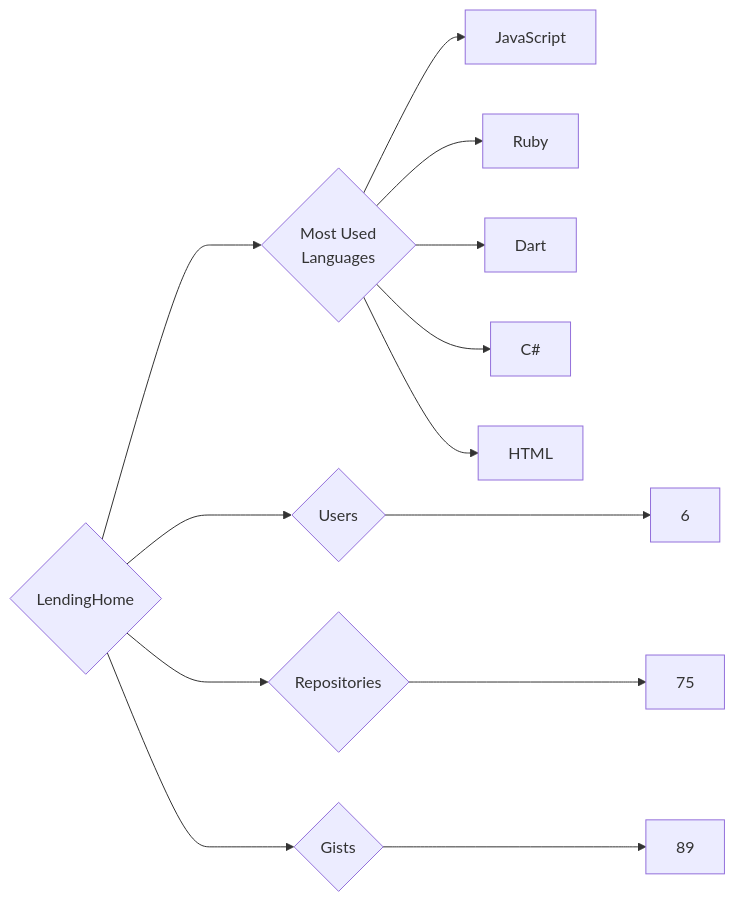
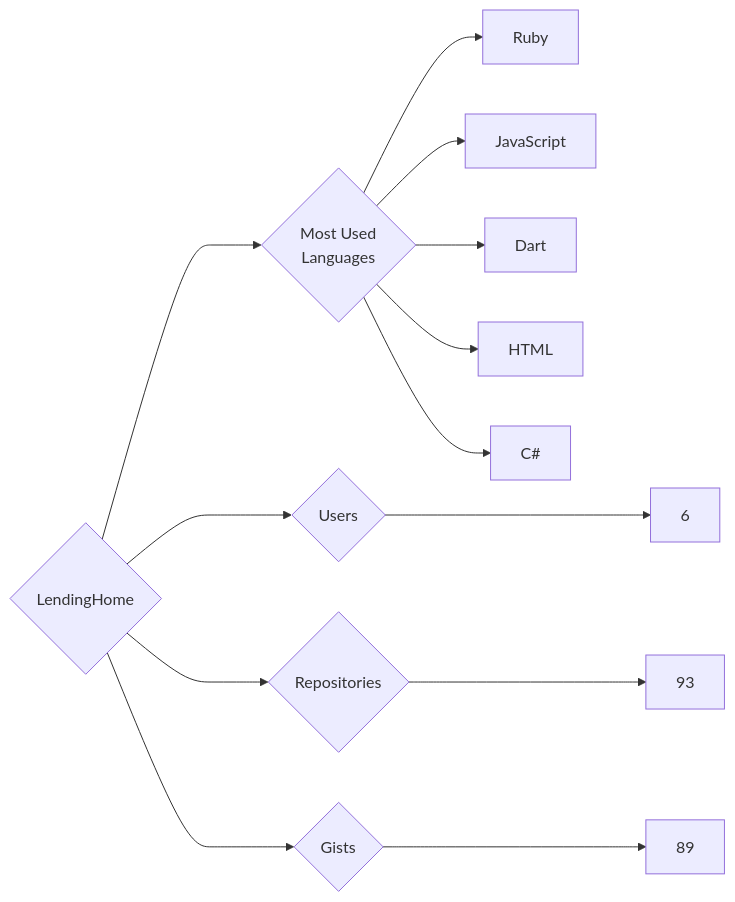
One commit to trickest/insiders changed the diagram in targets/LendingHome/README.md. Above: the diagram before and after it, drawn with Mermaid. The commit also changed 965 other files, not shown here.

````diff
--- a/targets/LendingHome/README.md
+++ b/targets/LendingHome/README.md
@@ -3,13 +3,13 @@
 ```mermaid
 graph LR
 COMPANY_NAME{LendingHome}
 COMPANY_NAME ---> U{Users} ---> UN[6]
-COMPANY_NAME ---> R{Repositories} ---> RN[75]
+COMPANY_NAME ---> R{Repositories} ---> RN[93]
 COMPANY_NAME ---> G{Gists} ---> GN[89]
 COMPANY_NAME ---> ML{Most Used<br>Languages}
+ML --> Ruby[Ruby]
 ML --> JavaScript[JavaScript]
-ML --> Ruby[Ruby]
 ML --> Dart[Dart]
+ML --> HTML[HTML]
 ML --> C#[C#]
-ML --> HTML[HTML]
 ```
````
